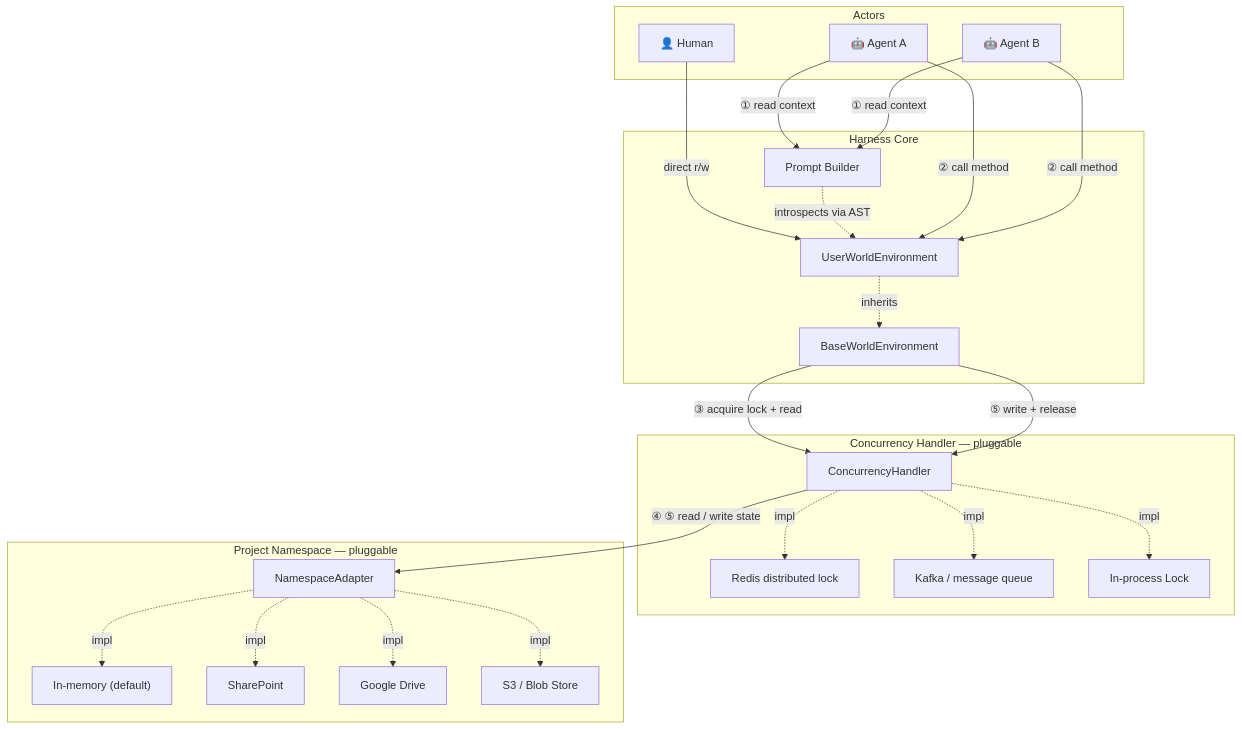
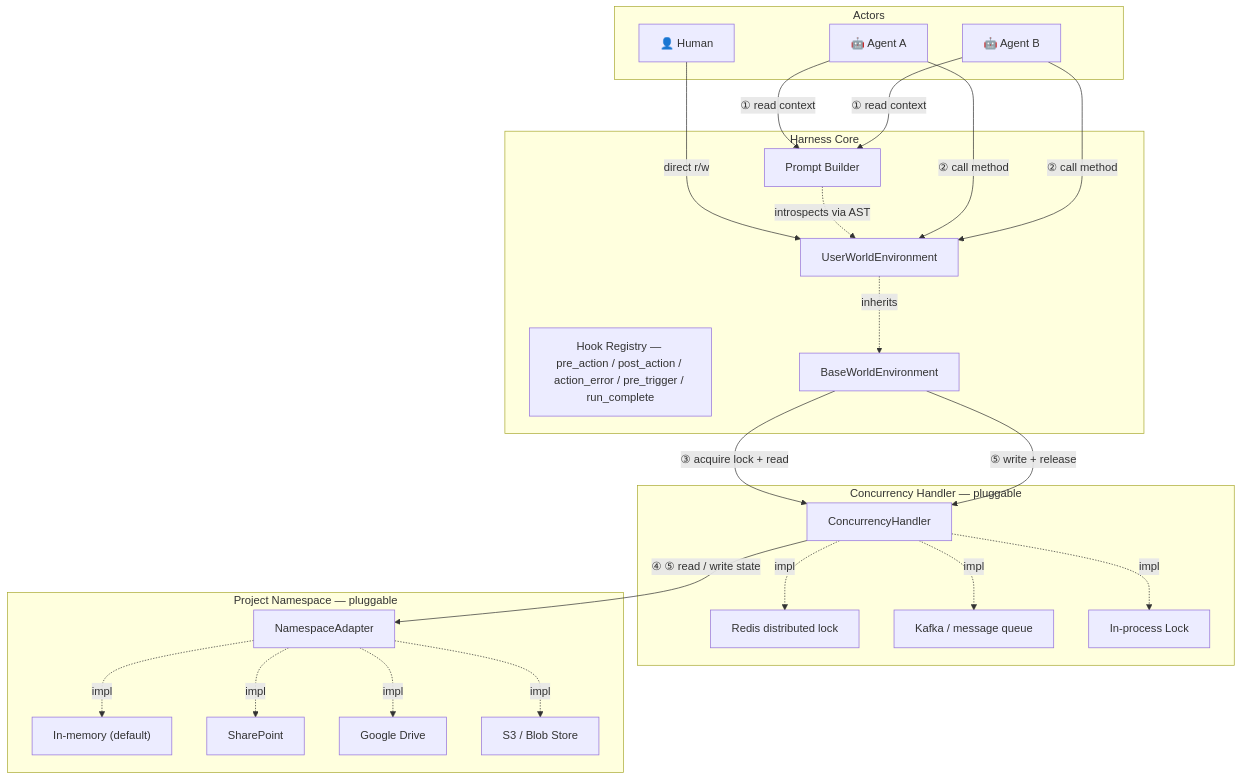
One commit to mcelearr/distributed-agent-harness changed the diagram in README.md. Above: the diagram before and after it, drawn with Mermaid. The commit also changed other lines of this file and 4 other files, not shown here.

````diff
--- a/README.md
+++ b/README.md
@@ -29,47 +29,48 @@
 ```mermaid
 graph TD
     subgraph Actors["Actors"]
         A1["🤖 Agent A"]
         A2["🤖 Agent B"]
         H["👤 Human"]
     end
 
     subgraph HarnessCore["Harness Core"]
         PB["Prompt Builder"]
+        HOOKS["Hook Registry — pre_action / post_action / action_error / pre_trigger / run_complete"]
         IMPL["UserWorldEnvironment"]
         BASE["BaseWorldEnvironment"]
         IMPL -. "inherits" .-> BASE
     end
 
     subgraph ConcurrencyLayer["Concurrency Handler — pluggable"]
         CH["ConcurrencyHandler"]
         CR["Redis distributed lock"]
         CK["Kafka / message queue"]
         CL["In-process Lock"]
         CH -. "impl" .-> CR
         CH -. "impl" .-> CK
         CH -. "impl" .-> CL
     end
 
     subgraph NamespaceLayer["Project Namespace — pluggable"]
         NS["NamespaceAdapter"]
         NM["In-memory (default)"]
         NSP["SharePoint"]
         NGD["Google Drive"]
         NS3["S3 / Blob Store"]
         NS -. "impl" .-> NM
         NS -. "impl" .-> NSP
         NS -. "impl" .-> NGD
         NS -. "impl" .-> NS3
     end
 
     A1 -->|"① read context"| PB
     A2 -->|"① read context"| PB
     H -->|"direct r/w"| IMPL
     PB -. "introspects via AST" .-> IMPL
     A1 -->|"② call method"| IMPL
     A2 -->|"② call method"| IMPL
     BASE -->|"③ acquire lock + read"| CH
     BASE -->|"⑤ write + release"| CH
     CH -->|"④ ⑤ read / write state"| NS
 ```
````
